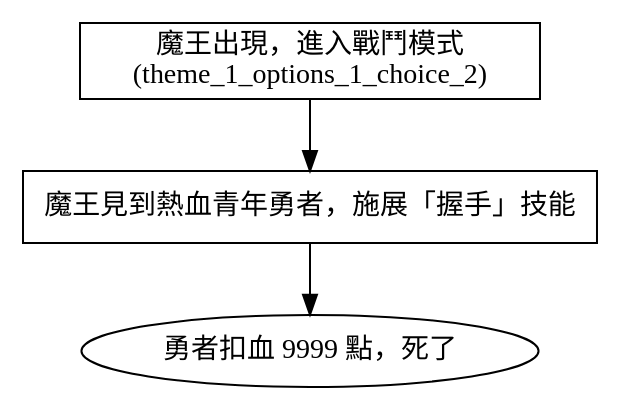
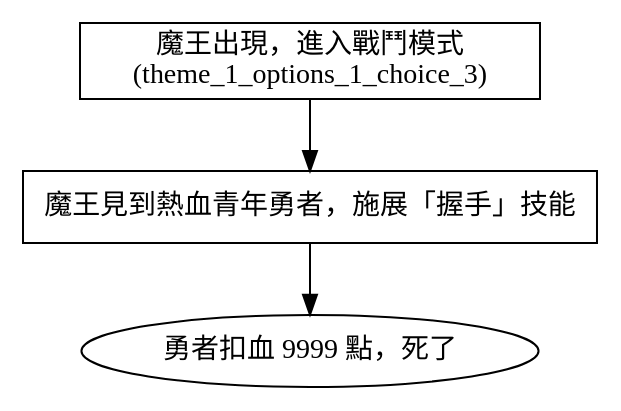
One commit to g0v/g0village changed the diagram in storyboards/theme_1_options_1_choice_3.dot. Above: the diagram before and after it, drawn with Graphviz. The commit also changed 1 other file, not shown here.

```diff
--- a/storyboards/theme_1_options_1_choice_3.dot
+++ b/storyboards/theme_1_options_1_choice_3.dot
@@ -1,10 +1,10 @@
 digraph {
 
-  theme_1_options_1_choice_3 [shape=box, label="魔王出現，進入戰鬥模式\n(theme_1_options_1_choice_2)"]
+  theme_1_options_1_choice_3 [shape=box, label="魔王出現，進入戰鬥模式\n(theme_1_options_1_choice_3)"]
 
   theme_1_options_1_choice_3 -> boss_handshake
   boss_handshake [shape="box", label="魔王見到熱血青年勇者，施展「握手」技能"]
 
   boss_handshake -> game_over_type_1
   game_over_type_1 [label="勇者扣血 9999 點，死了"]
 }
```
